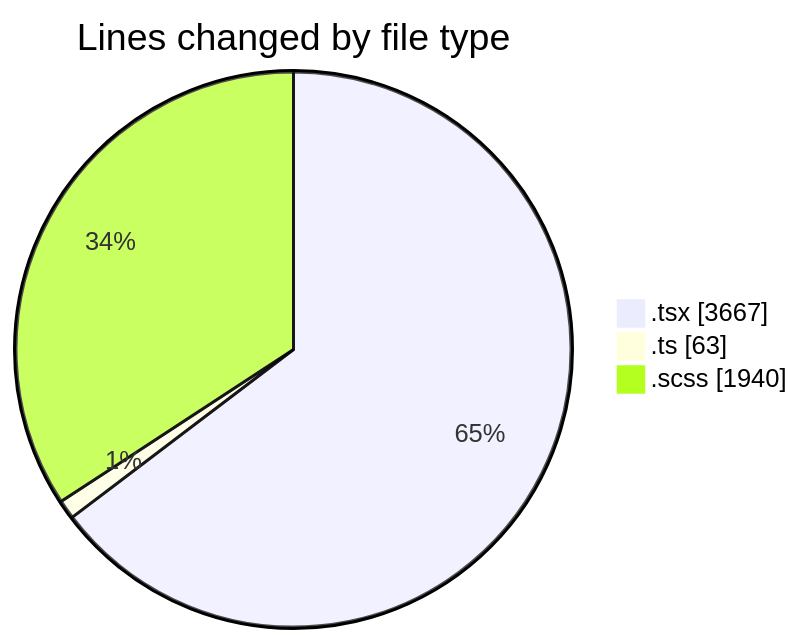
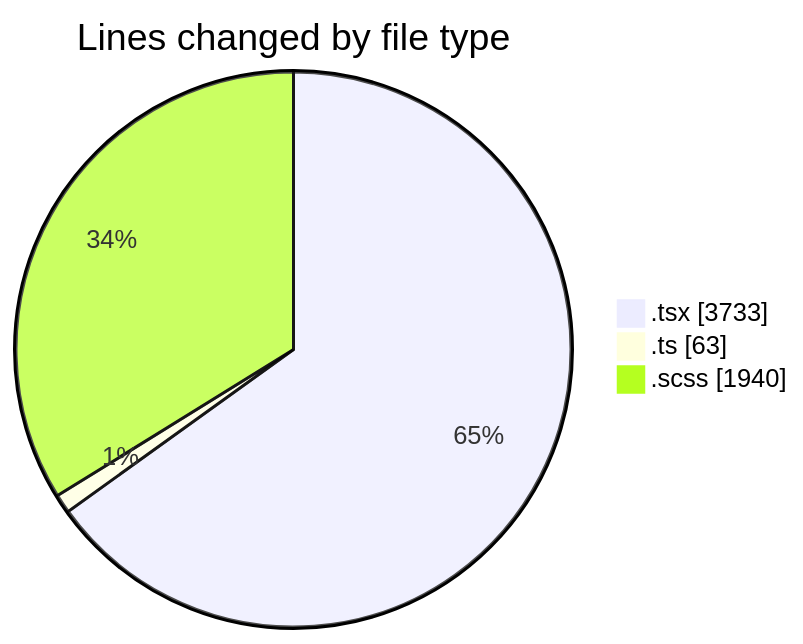
One commit to momahboobian/code-tracking changed the first of 2 diagrams in 2025-04-02/cda/README.md. Above: the diagram before and after it, drawn with Mermaid. The commit also changed other lines of this file and 1 other file, not shown here.

````diff
--- a/2025-04-02/cda/README.md
+++ b/2025-04-02/cda/README.md
@@ -30,7 +30,7 @@
 ```mermaid
 pie showData
 title Lines changed by file type
-".tsx" : 3667
+".tsx" : 3733
 ".ts" : 63
 ".scss" : 1940
 ```
````
